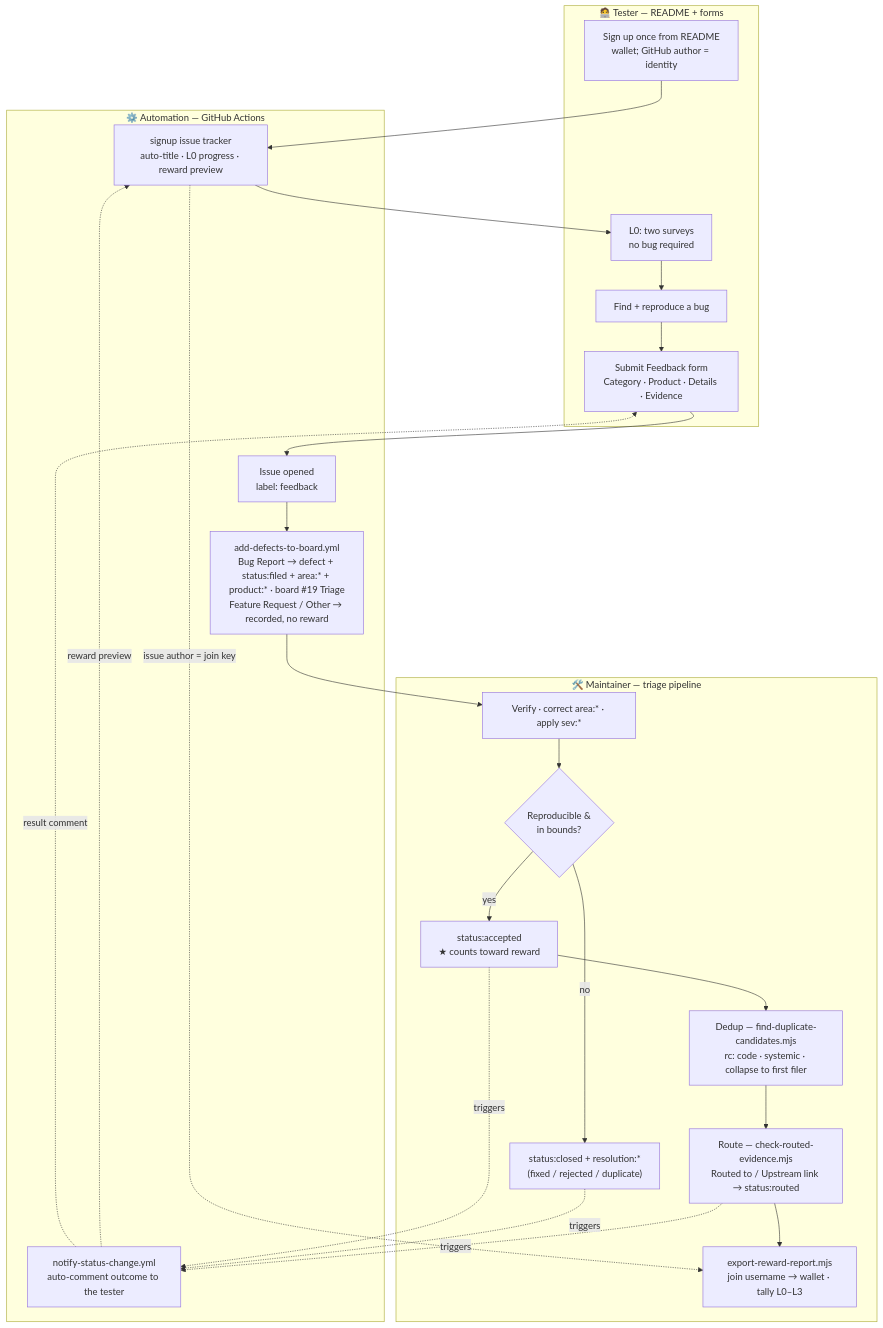
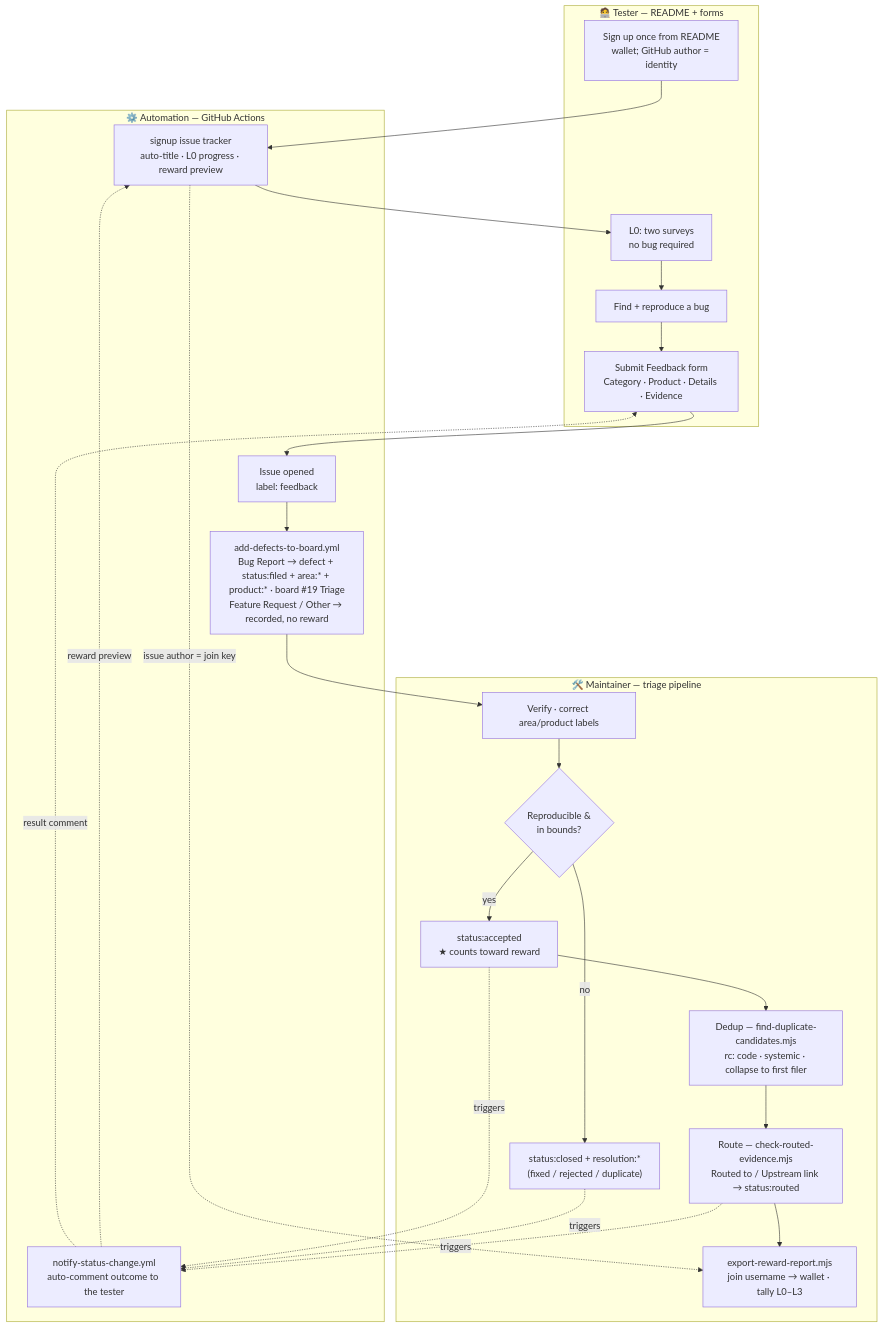
The first of 2 diagrams in docs/WORKFLOWS.md (0gfoundation/0g-testing-hub), drawn with Mermaid before and after one commit. The commit also changed other lines of this file and 16 other files, not shown here.

````diff
--- a/docs/WORKFLOWS.md
+++ b/docs/WORKFLOWS.md
@@ -13,36 +13,36 @@
 ```mermaid
 flowchart TD
     subgraph T["🧑‍💻 Tester — README + forms"]
       T1["Sign up once from README<br/>wallet; GitHub author = identity"]
       T2["L0: two surveys<br/>no bug required"]
       T3["Find + reproduce a bug"]
       T4["Submit Feedback form<br/>Category · Product · Details · Evidence"]
     end
 
     subgraph A["⚙️ Automation — GitHub Actions"]
       A0["signup issue tracker<br/>auto-title · L0 progress · reward preview"]
       A1["Issue opened<br/>label: feedback"]
       A2["add-defects-to-board.yml<br/>Bug Report → defect + status:filed + area:* + product:* · board #19 Triage<br/>Feature Request / Other → recorded, no reward"]
       A3["notify-status-change.yml<br/>auto-comment outcome to the tester"]
     end
 
     subgraph M["🛠️ Maintainer — triage pipeline"]
-      M1["Verify · correct area:* · apply sev:*"]
+      M1["Verify · correct area/product labels"]
       M2{"Reproducible &<br/>in bounds?"}
       M3["status:accepted<br/>★ counts toward reward"]
       M4["status:closed + resolution:*<br/>(fixed / rejected / duplicate)"]
       M5["Dedup — find-duplicate-candidates.mjs<br/>rc: code · systemic · collapse to first filer"]
       M6["Route — check-routed-evidence.mjs<br/>Routed to / Upstream link → status:routed"]
       M7["export-reward-report.mjs<br/>join username → wallet · tally L0–L3"]
     end
 
     T1 --> A0 --> T2 --> T3 --> T4 --> A1 --> A2 --> M1 --> M2
     M2 -- yes --> M3 --> M5 --> M6 --> M7
     M2 -- no --> M4
     M3 -. triggers .-> A3
     M4 -. triggers .-> A3
     M6 -. triggers .-> A3
     A3 -. result comment .-> T4
     A3 -. reward preview .-> A0
     A0 -. "issue author = join key" .-> M7
 ```
````
